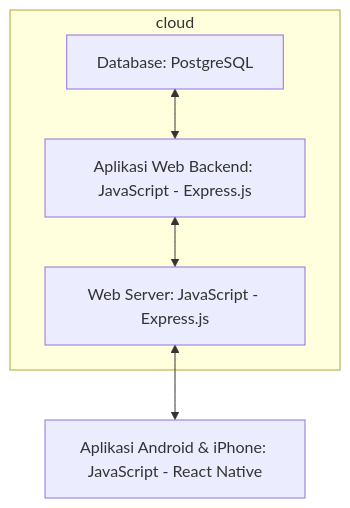
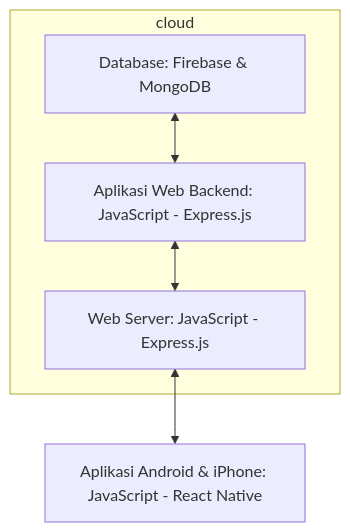
The second of 3 diagrams in school/hi-safe-app/job-interview-dyo.md (mdyoo129/HiSafe), drawn with Mermaid before and after one commit. The commit also changed other lines of this file, not shown here.

````diff
--- a/school/hi-safe-app/job-interview-dyo.md
+++ b/school/hi-safe-app/job-interview-dyo.md
@@ -99,8 +125,8 @@
 ```mermaid
 flowchart BT 
   subgraph cloud
     B[Web Server: JavaScript - Express.js ] <--> C[Aplikasi Web Backend: JavaScript - Express.js] 
-    C <--> D[Database: PostgreSQL] 
+    C <--> D[Database: Firebase & MongoDB] 
   end
   A[Aplikasi Android & iPhone: JavaScript - React Native] <--> B
 ```
````
